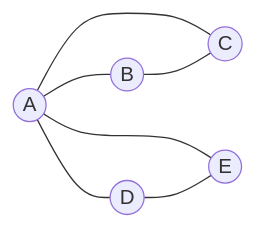
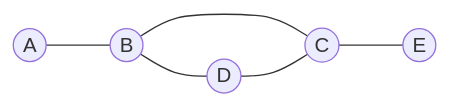
The diagram in resumos/08_Social_Network_Analysis.md (victorantunes/mba-ds-estudos), drawn with Mermaid before and after one commit. The commit also changed other lines of this file and 2 other files, not shown here.

````diff
--- a/resumos/08_Social_Network_Analysis.md
+++ b/resumos/08_Social_Network_Analysis.md
@@ -47,9 +47,8 @@
 ```mermaid
 graph LR
   A((A)) --- B((B))
-  A --- C((C))
-  A --- D((D))
-  A --- E((E))
-  B --- C
-  D --- E
+  B --- C((C))
+  B --- D((D))
+  D --- C
+  C --- E((E))
 ```
````
